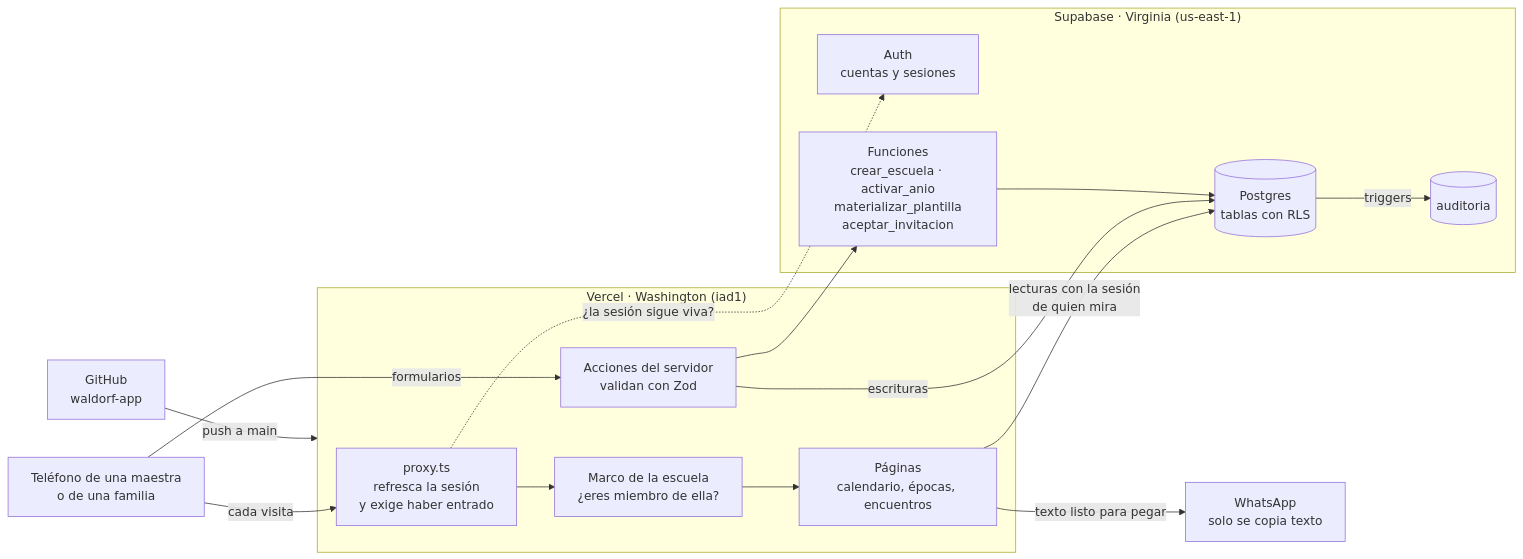
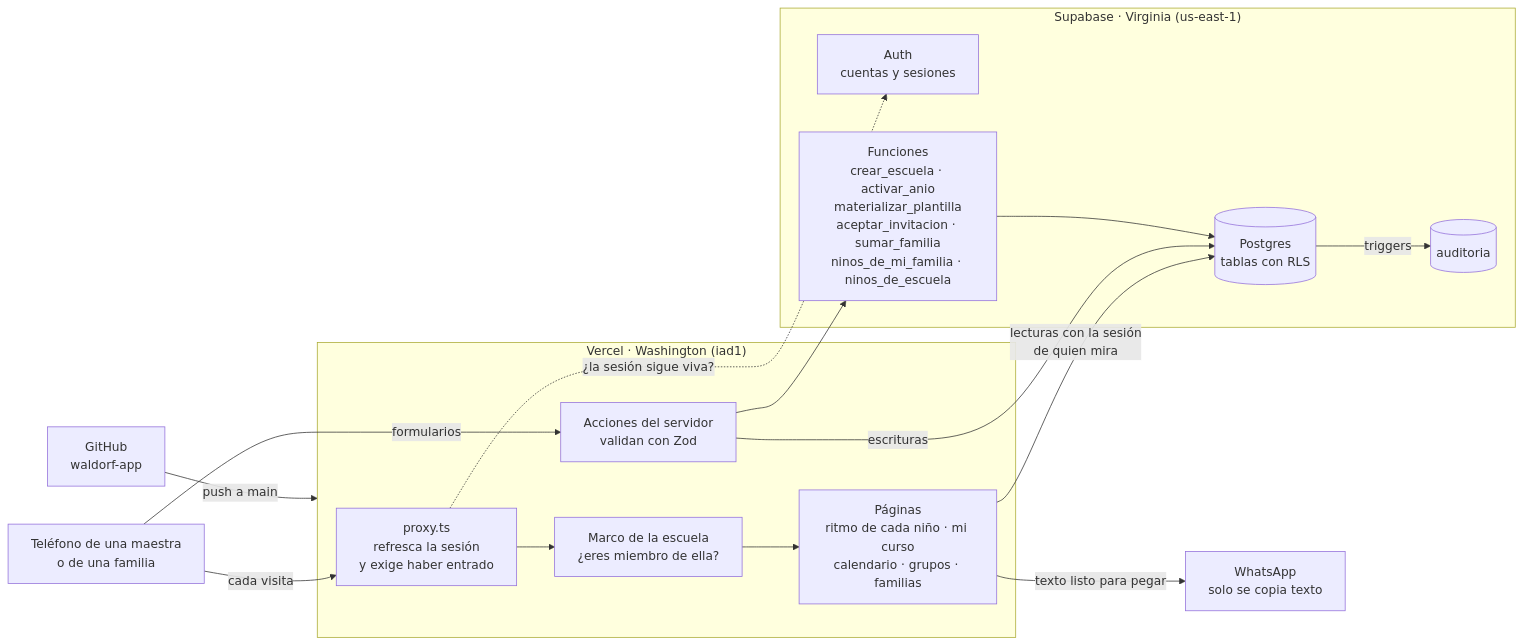
Before and after one commit to adolfoperezs/waldorf-app: the first of 8 diagrams in docs/MAPA.md, drawn with Mermaid. The commit also changed other lines of this file and 94 other files, not shown here.

First line of the commit message:
El ritmo de cada nino: lineamiento UX de Kimun (PRP-002)

````diff
--- a/docs/MAPA.md
+++ b/docs/MAPA.md
@@ -14,34 +14,34 @@
 ```mermaid
 flowchart LR
     T["Teléfono de una maestra<br/>o de una familia"]
 
     subgraph VER["Vercel · Washington (iad1)"]
         P["proxy.ts<br/>refresca la sesión<br/>y exige haber entrado"]
         L["Marco de la escuela<br/>¿eres miembro de ella?"]
-        PG["Páginas<br/>calendario, épocas, encuentros"]
+        PG["Páginas<br/>ritmo de cada niño · mi curso<br/>calendario · grupos · familias"]
         SA["Acciones del servidor<br/>validan con Zod"]
     end
 
     subgraph SUP["Supabase · Virginia (us-east-1)"]
         AU["Auth<br/>cuentas y sesiones"]
         DB[("Postgres<br/>tablas con RLS")]
-        FN["Funciones<br/>crear_escuela · activar_anio<br/>materializar_plantilla<br/>aceptar_invitacion"]
+        FN["Funciones<br/>crear_escuela · activar_anio<br/>materializar_plantilla<br/>aceptar_invitacion · sumar_familia<br/>ninos_de_mi_familia · ninos_de_escuela"]
         AUD[("auditoria")]
     end
 
     W["WhatsApp<br/>solo se copia texto"]
     GH["GitHub<br/>waldorf-app"]
 
     T -->|"cada visita"| P
     P --> L
     L --> PG
     T -->|"formularios"| SA
     P -.->|"¿la sesión sigue viva?"| AU
     PG -->|"lecturas con la sesión<br/>de quien mira"| DB
     SA -->|"escrituras"| DB
     SA --> FN
     FN --> DB
     DB -->|"triggers"| AUD
     PG -->|"texto listo para pegar"| W
     GH -->|"push a main"| VER
 ```
````
